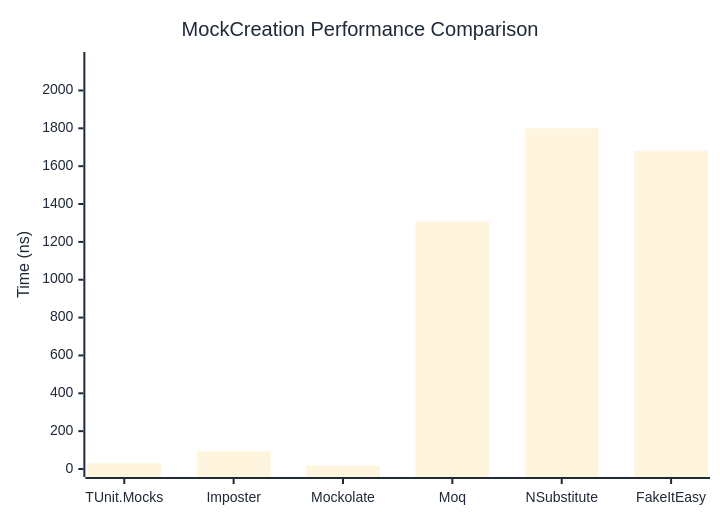
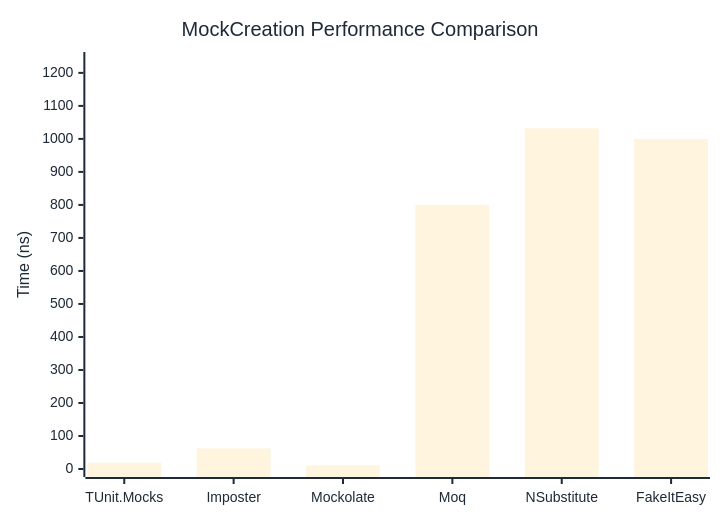
The first of 2 diagrams in docs/docs/benchmarks/mocks/MockCreation.md (thomhurst/TUnit), drawn with Mermaid before and after one commit. The commit also changed other lines of this file and 14 other files, not shown here.

````diff
--- a/docs/docs/benchmarks/mocks/MockCreation.md
+++ b/docs/docs/benchmarks/mocks/MockCreation.md
@@ -30,27 +30,27 @@
 ```mermaid
 %%{init: {
   'theme':'base',
   'themeVariables': {
     'primaryColor': '#2563eb',
     'primaryTextColor': '#1f2937',
     'primaryBorderColor': '#1e40af',
     'lineColor': '#6b7280',
     'secondaryColor': '#7c3aed',
     'tertiaryColor': '#dc2626',
     'background': '#ffffff',
     'pie1': '#2563eb',
     'pie2': '#7c3aed',
     'pie3': '#dc2626',
     'pie4': '#f59e0b',
     'pie5': '#10b981',
     'pie6': '#06b6d4',
     'pie7': '#ec4899',
     'pie8': '#6366f1'
   }
 }}%%
 xychart-beta
   title "MockCreation Performance Comparison"
   x-axis ["TUnit.Mocks", "Imposter", "Mockolate", "Moq", "NSubstitute", "FakeItEasy"]
-  y-axis "Time (ns)" 0 --> 2161
-  bar [30.27, 93.46, 17.7, 1306.87, 1800.22, 1681.13]
+  y-axis "Time (ns)" 0 --> 1239
+  bar [19.05, 62.21, 11.09, 799.89, 1031.84, 999.67]
 ```
````
